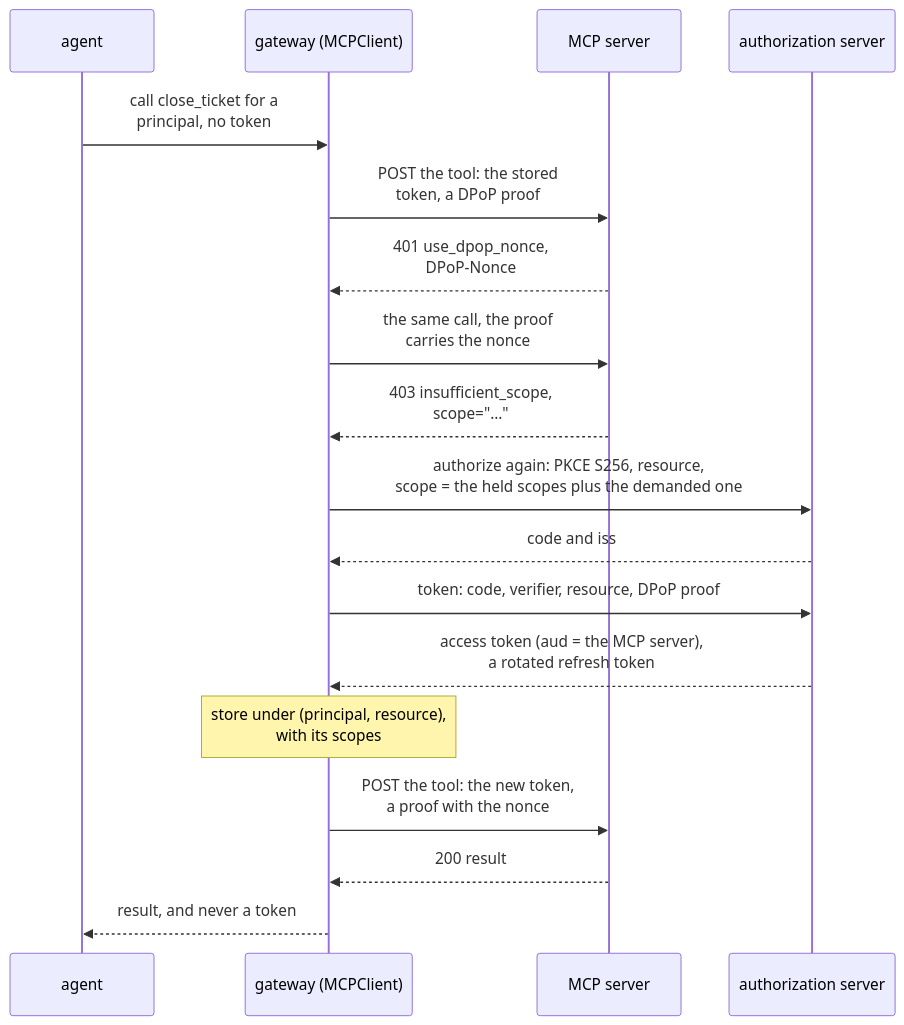
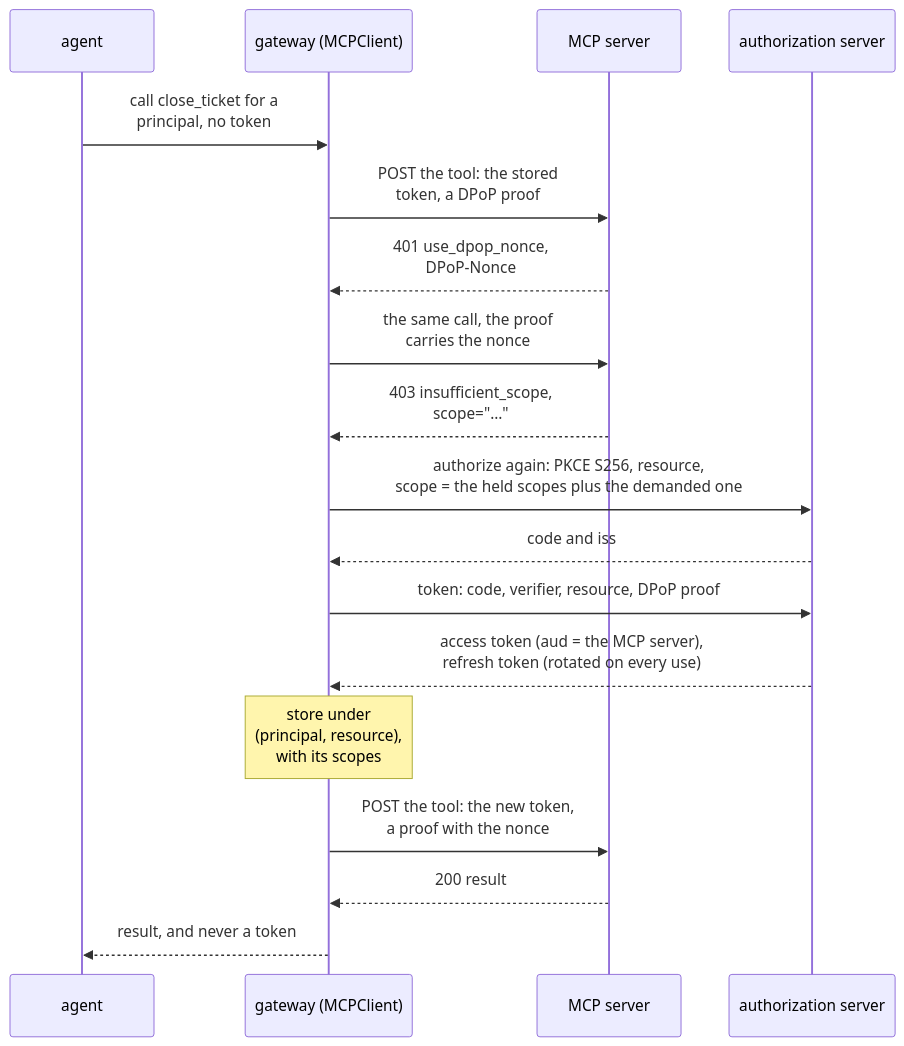
The seventh of 7 diagrams in 06-gateway/llm-gateway/PRIMER.md (aniryou/full-stack-agentic-engineer), drawn with Mermaid before and after one commit. The commit also changed other lines of this file and 29 other files, not shown here.

````diff
--- a/06-gateway/llm-gateway/PRIMER.md
+++ b/06-gateway/llm-gateway/PRIMER.md
@@ -1073,20 +1074,20 @@
 ```mermaid
 sequenceDiagram
     participant A as agent
     participant G as gateway (MCPClient)
     participant S as MCP server
     participant AS as authorization server
     A->>G: call close_ticket for a<br/>principal, no token
     G->>S: POST the tool: the stored<br/>token, a DPoP proof
     S-->>G: 401 use_dpop_nonce,<br/>DPoP-Nonce
     G->>S: the same call, the proof<br/>carries the nonce
     S-->>G: 403 insufficient_scope,<br/>scope="…"
     G->>AS: authorize again: PKCE S256, resource,<br/>scope = the held scopes plus the demanded one
     AS-->>G: code and iss
     G->>AS: token: code, verifier, resource, DPoP proof
-    AS-->>G: access token (aud = the MCP server),<br/>a rotated refresh token
-    Note over G: store under (principal, resource),<br/>with its scopes
+    AS-->>G: access token (aud = the MCP server),<br/>refresh token (rotated on every use)
+    Note over G: store under<br/>(principal, resource),<br/>with its scopes
     G->>S: POST the tool: the new token,<br/>a proof with the nonce
     S-->>G: 200 result
     G-->>A: result, and never a token
 ```
````
